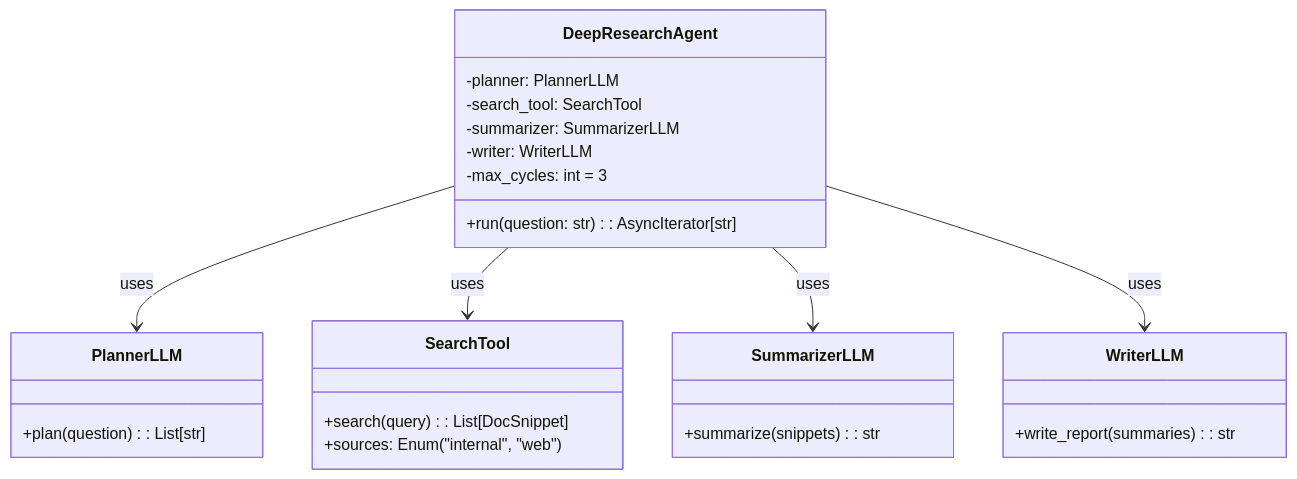
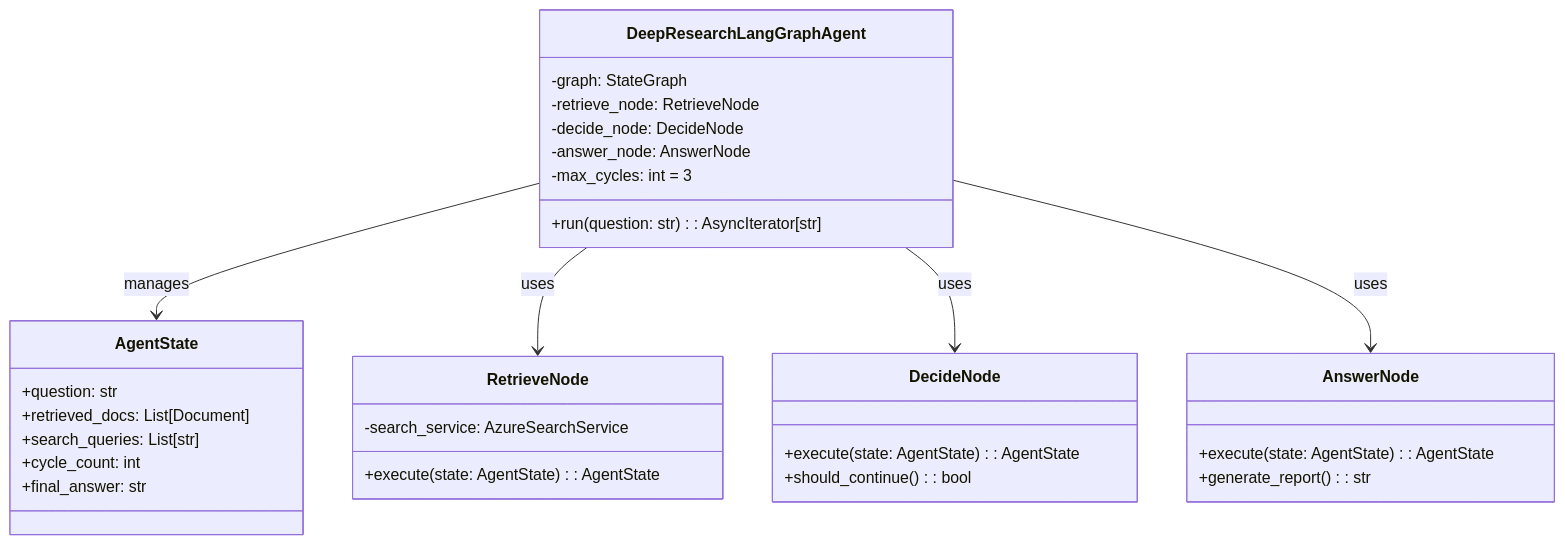
The first of 3 diagrams in docs/architecture/component_deep_research.md (kenjishioya/llm-app-trial-with-ai-driven), drawn with Mermaid before and after one commit. The commit also changed other lines of this file and 36 other files, not shown here.

First line of the commit message:
🚀 Phase 4: LangGraph Deep Research Implementation (#7)

````diff
--- a/docs/architecture/component_deep_research.md
+++ b/docs/architecture/component_deep_research.md
@@ -18,33 +18,39 @@
 ```mermaid
 classDiagram
-  class DeepResearchAgent {
+  class DeepResearchLangGraphAgent {
     +run(question: str): AsyncIterator[str]
-    -planner: PlannerLLM
-    -search_tool: SearchTool
-    -summarizer: SummarizerLLM
-    -writer: WriterLLM
+    -graph: StateGraph
+    -retrieve_node: RetrieveNode
+    -decide_node: DecideNode
+    -answer_node: AnswerNode
     -max_cycles: int = 3
   }
 
-  class PlannerLLM {
-    +plan(question): List[str]
+  class AgentState {
+    +question: str
+    +retrieved_docs: List[Document]
+    +search_queries: List[str]
+    +cycle_count: int
+    +final_answer: str
   }
 
-  class SearchTool {
-    +search(query): List[DocSnippet]
-    +sources: Enum("internal", "web")
+  class RetrieveNode {
+    +execute(state: AgentState): AgentState
+    -search_service: AzureSearchService
   }
 
-  class SummarizerLLM {
-    +summarize(snippets): str
+  class DecideNode {
+    +execute(state: AgentState): AgentState
+    +should_continue(): bool
   }
 
-  class WriterLLM {
-    +write_report(summaries): str
+  class AnswerNode {
+    +execute(state: AgentState): AgentState
+    +generate_report(): str
   }
 
-  DeepResearchAgent --> PlannerLLM : uses
-  DeepResearchAgent --> SearchTool : uses
-  DeepResearchAgent --> SummarizerLLM : uses
-  DeepResearchAgent --> WriterLLM : uses
+  DeepResearchLangGraphAgent --> AgentState : manages
+  DeepResearchLangGraphAgent --> RetrieveNode : uses
+  DeepResearchLangGraphAgent --> DecideNode : uses
+  DeepResearchLangGraphAgent --> AnswerNode : uses
 ```
````
